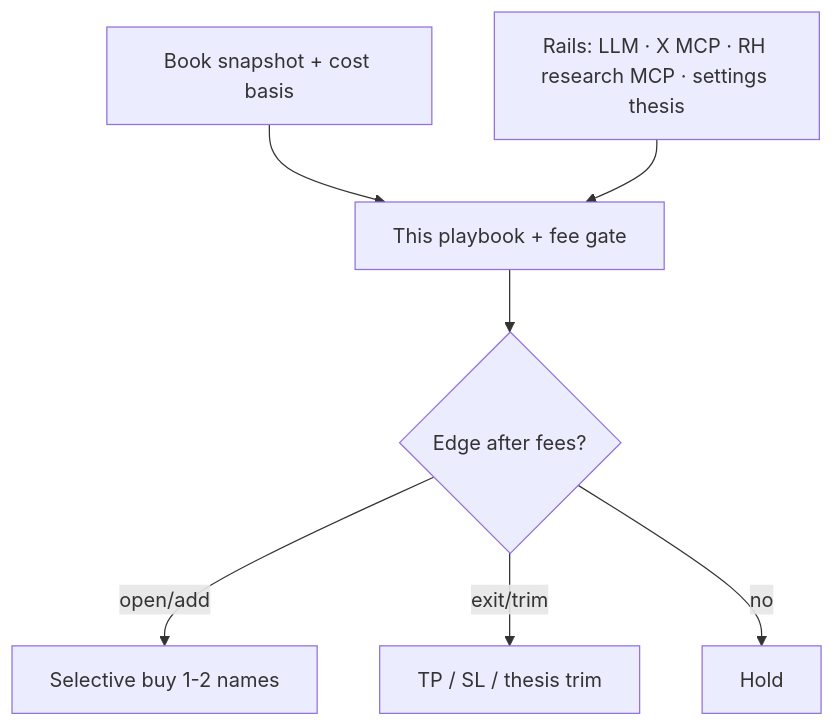
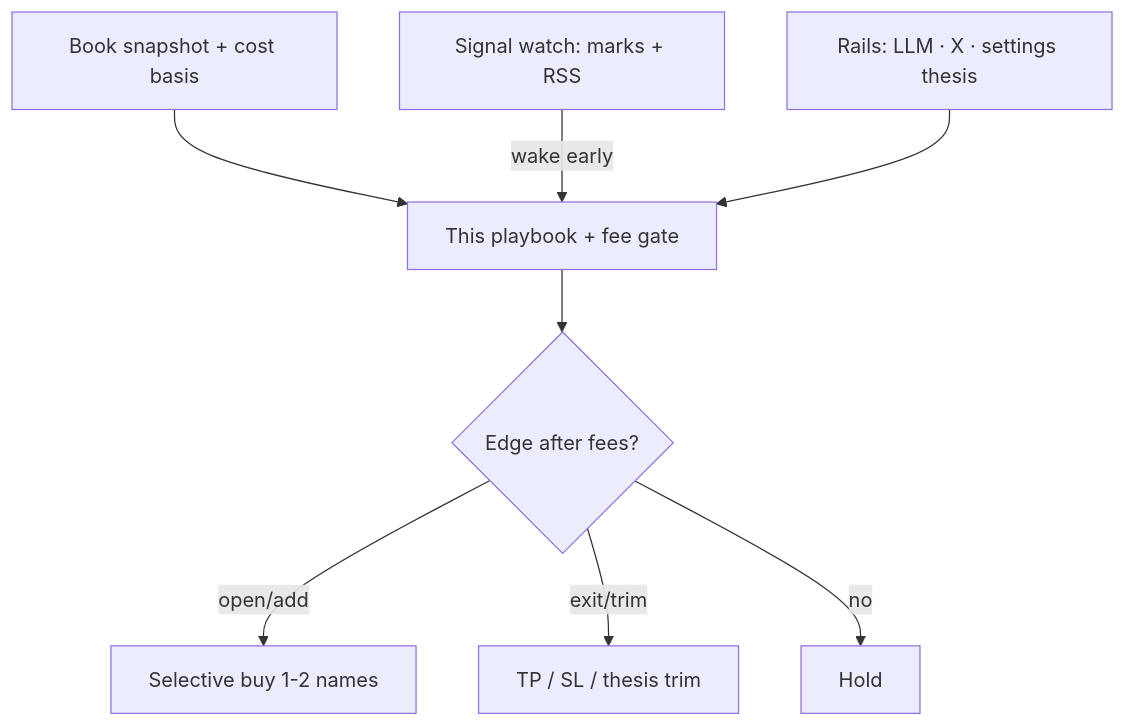
One commit to cryptobulliez-alt/stonk-trader-agent changed the diagram in docs/TRADING.md. Above: the diagram before and after it, drawn with Mermaid. The commit also changed other lines of this file and 25 other files, not shown here.

````diff
--- a/docs/TRADING.md
+++ b/docs/TRADING.md
@@ -20,17 +20,19 @@
 ```mermaid
 flowchart TD
   book[Book snapshot + cost basis]
-  rails[Rails: LLM · X MCP · RH research MCP · settings thesis]
+  watch[Signal watch: marks + RSS]
+  rails[Rails: LLM · X · settings thesis]
   playbook[This playbook + fee gate]
   decide{Edge after fees?}
   buy[Selective buy 1-2 names]
   sell[TP / SL / thesis trim]
   hold[Hold]
 
   book --> playbook
+  watch -->|wake early| playbook
   rails --> playbook
   playbook --> decide
   decide -->|open/add| buy
   decide -->|exit/trim| sell
   decide -->|no| hold
 ```
````
